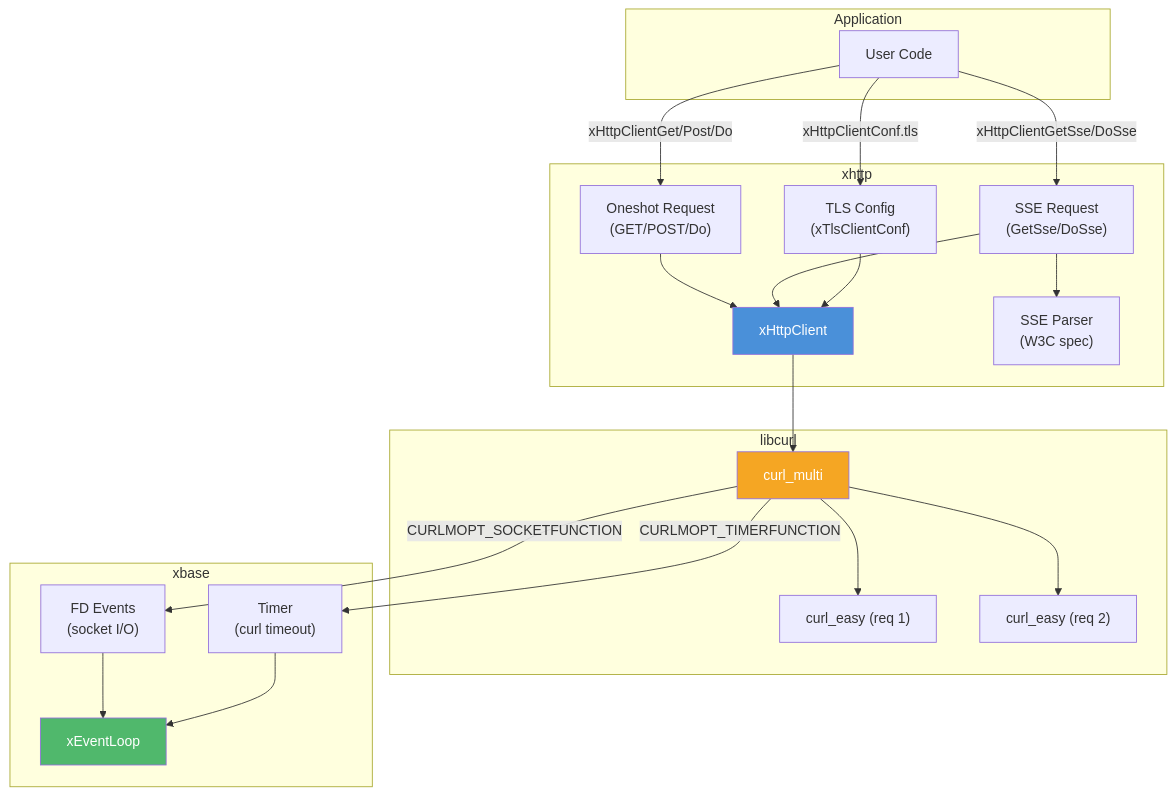
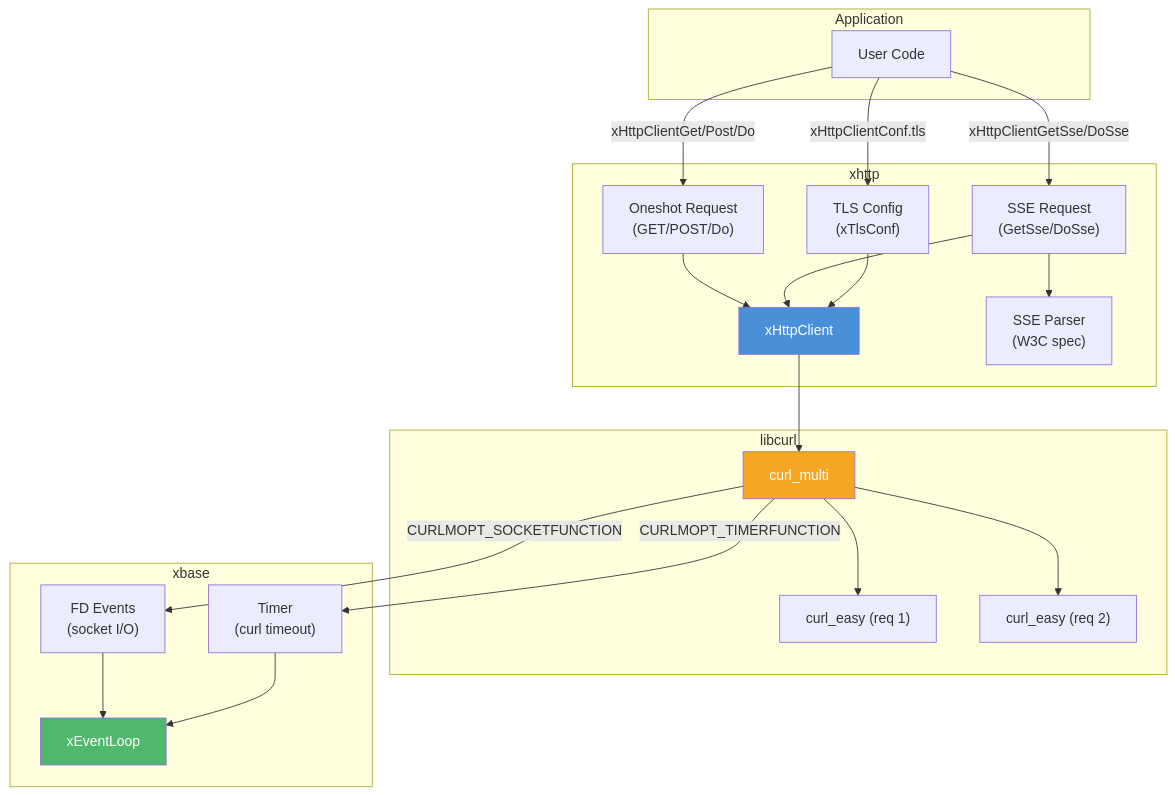
The diagram in docs/xhttp/README.md (mivinci/DownloadKit), drawn with Mermaid before and after one commit. The commit also changed other lines of this file and 8 other files, not shown here.

First line of the commit message:
docs: update all documentation for unified xTlsConf

````diff
--- a/docs/xhttp/README.md
+++ b/docs/xhttp/README.md
@@ -23,45 +23,45 @@
 ```mermaid
 graph TD
     subgraph "Application"
         APP["User Code"]
     end
 
     subgraph "xhttp"
         CLIENT["xHttpClient"]
-        TLS_CLI["TLS Config<br/>(xTlsClientConf)"]
+        TLS_CLI["TLS Config<br/>(xTlsConf)"]
         ONESHOT["Oneshot Request<br/>(GET/POST/Do)"]
         SSE["SSE Request<br/>(GetSse/DoSse)"]
         PARSER["SSE Parser<br/>(W3C spec)"]
     end
 
     subgraph "libcurl"
         MULTI["curl_multi"]
         EASY1["curl_easy (req 1)"]
         EASY2["curl_easy (req 2)"]
     end
 
     subgraph "xbase"
         LOOP["xEventLoop"]
         TIMER["Timer<br/>(curl timeout)"]
         FD["FD Events<br/>(socket I/O)"]
     end
 
     APP -->|"xHttpClientGet/Post/Do"| ONESHOT
     APP -->|"xHttpClientGetSse/DoSse"| SSE
     APP -->|"xHttpClientConf.tls"| TLS_CLI
     SSE --> PARSER
     ONESHOT --> CLIENT
     SSE --> CLIENT
     TLS_CLI --> CLIENT
     CLIENT --> MULTI
     MULTI --> EASY1
     MULTI --> EASY2
     MULTI -->|"CURLMOPT_SOCKETFUNCTION"| FD
     MULTI -->|"CURLMOPT_TIMERFUNCTION"| TIMER
     FD --> LOOP
     TIMER --> LOOP
 
     style CLIENT fill:#4a90d9,color:#fff
     style LOOP fill:#50b86c,color:#fff
     style MULTI fill:#f5a623,color:#fff
 ```
````
